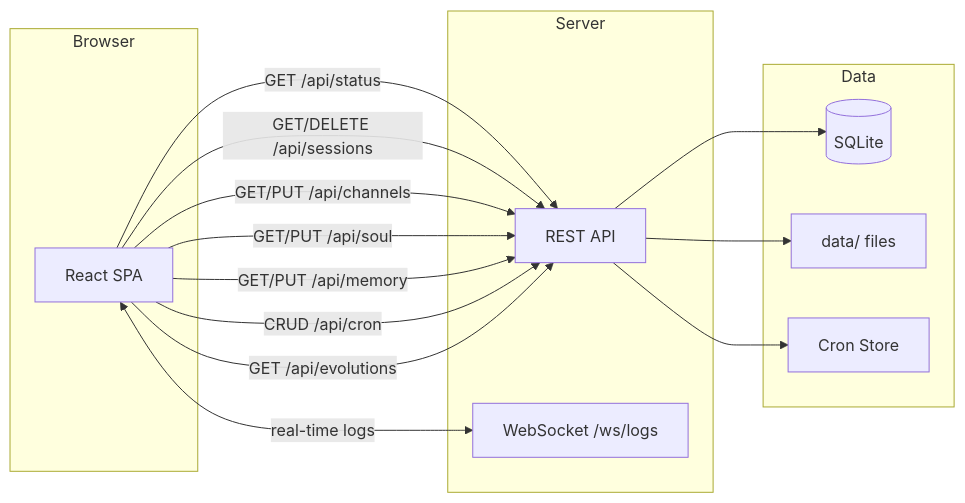
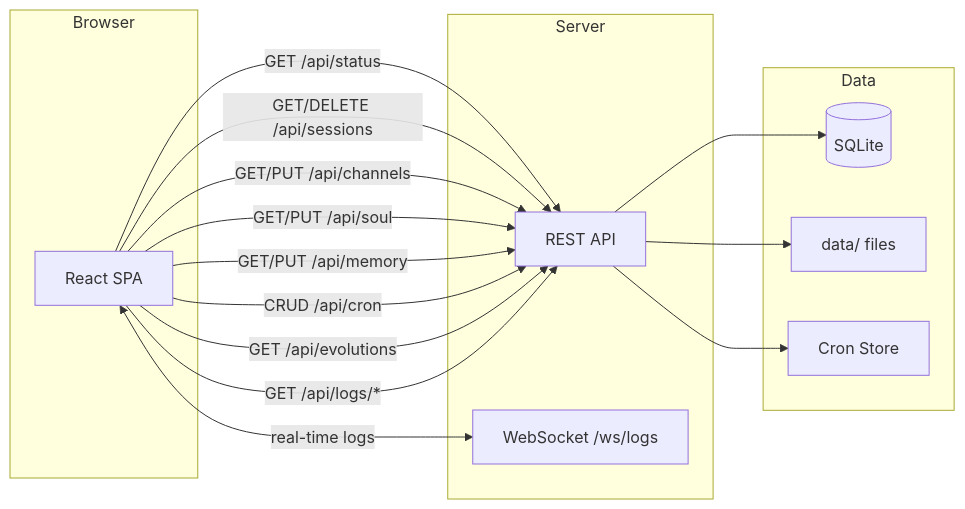
The fourth of 10 diagrams in README.md (NaichuanZhang/discord-claw), drawn with Mermaid before and after one commit. The commit also changed other lines of this file, not shown here.

````diff
--- a/README.md
+++ b/README.md
@@ -417,30 +445,31 @@
 ```mermaid
 graph LR
     subgraph Browser
         UI[React SPA]
     end
 
     subgraph Server
         API[REST API]
         WS[WebSocket /ws/logs]
     end
 
     subgraph Data
         DB[(SQLite)]
         FS[data/ files]
         CRON[Cron Store]
     end
 
     UI -->|GET /api/status| API
     UI -->|GET/DELETE /api/sessions| API
     UI -->|GET/PUT /api/channels| API
     UI -->|GET/PUT /api/soul| API
     UI -->|GET/PUT /api/memory| API
     UI -->|CRUD /api/cron| API
     UI -->|GET /api/evolutions| API
+    UI -->|GET /api/logs/*| API
     UI <-->|real-time logs| WS
 
     API --> DB
     API --> FS
     API --> CRON
 ```
````
